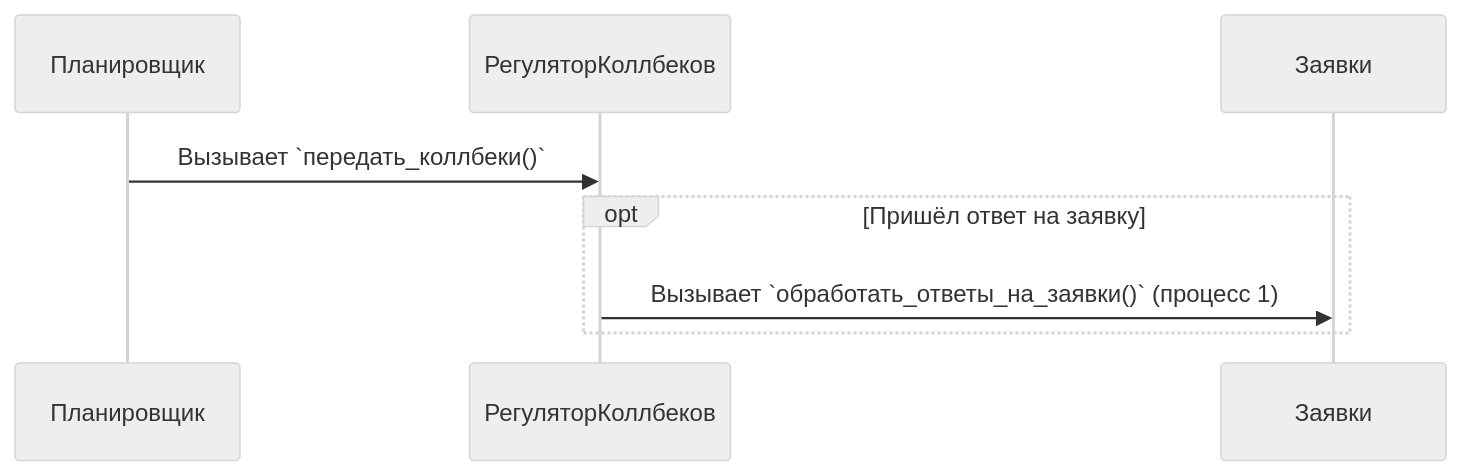
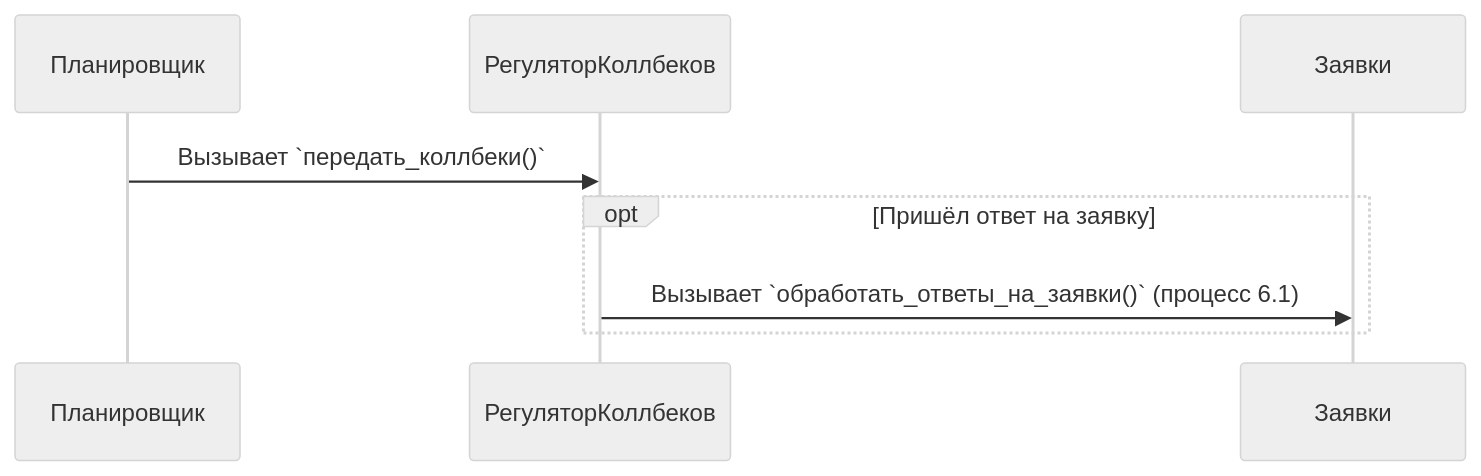
Diagram 21 of 22 in robot-logic.md (Marat22/MiriadRobotDocs), drawn with Mermaid (neutral theme) before and after one commit. The commit also changed other lines of this file, not shown here.

````diff
--- a/robot-logic.md
+++ b/robot-logic.md
@@ -571,7 +572,7 @@
 ```mermaid
 sequenceDiagram
   Планировщик->>РегуляторКоллбеков : Вызывает `передать_коллбеки()`
   opt Пришёл ответ на заявку
-  РегуляторКоллбеков->>Заявки : Вызывает `обработать_ответы_на_заявки()` (процесс 1)
+  РегуляторКоллбеков->>Заявки : Вызывает `обработать_ответы_на_заявки()` (процесс 6.1)
   end
 ```
````
